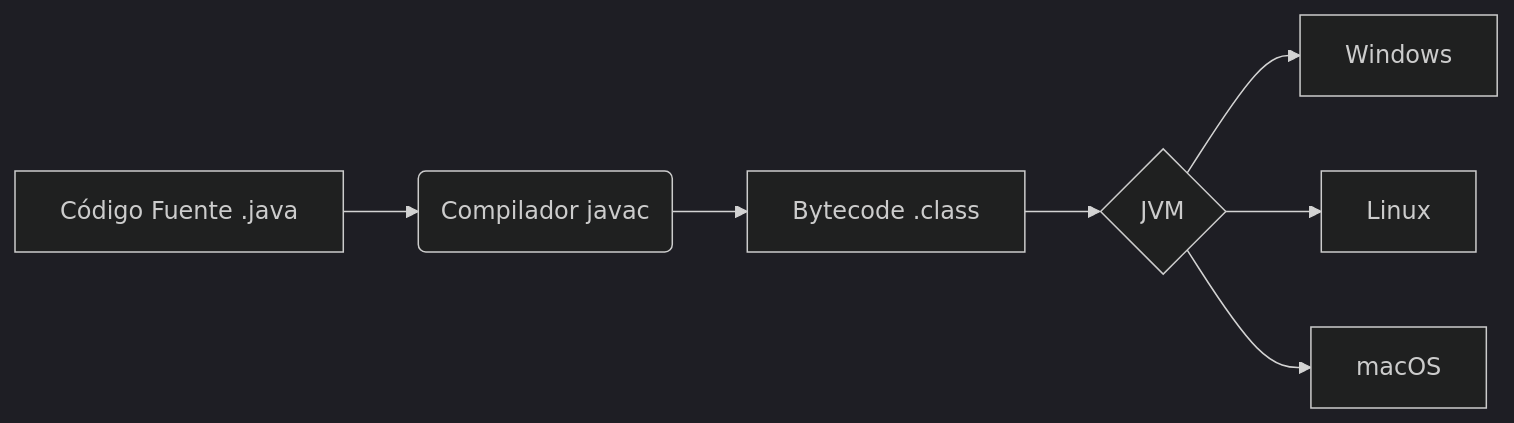
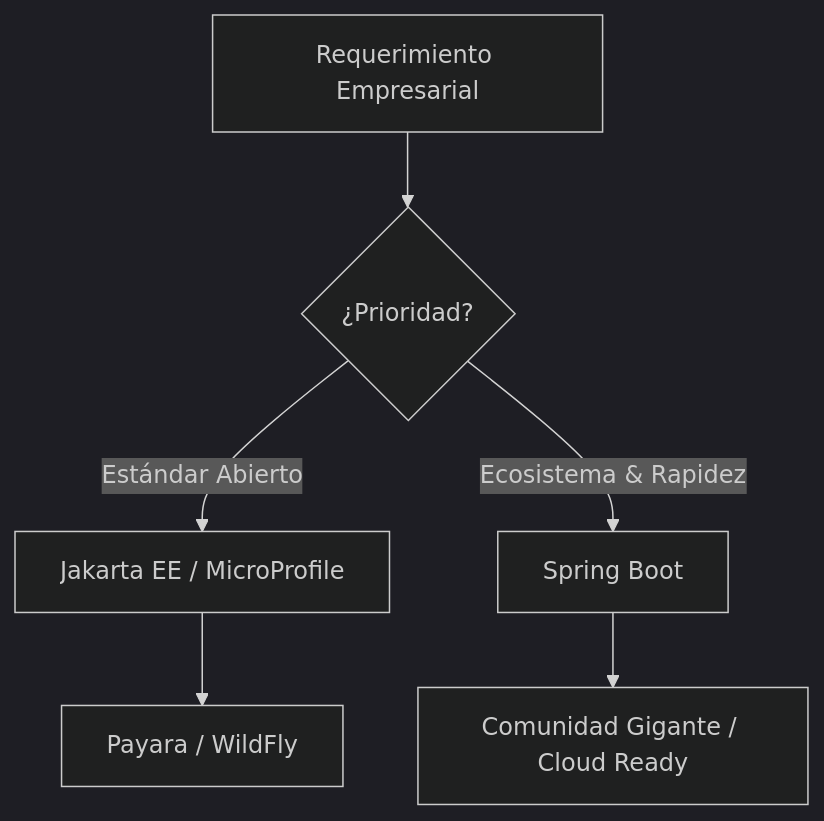
The diagram in STACK/back-end/JAVA.md (David-TheBridgeDev/Learning-TheBridgeDev), drawn with Mermaid (dark theme) before and after one commit. The commit also changed other lines of this file and 7 other files, not shown here.

````diff
--- a/STACK/back-end/JAVA.md
+++ b/STACK/back-end/JAVA.md
@@ -17,9 +40,8 @@
 ```mermaid
-graph LR
-    A[Código Fuente .java] --> B(Compilador javac)
-    B --> C[Bytecode .class]
-    C --> D{JVM}
-    D --> E[Windows]
-    D --> F[Linux]
-    D --> G[macOS]
+graph TD
+    A[Requerimiento Empresarial] --> B{¿Prioridad?}
+    B -->|Estándar Abierto| C[Jakarta EE / MicroProfile]
+    B -->|Ecosistema & Rapidez| D[Spring Boot]
+    C --> E[Payara / WildFly]
+    D --> F[Comunidad Gigante / Cloud Ready]
 ```
````
